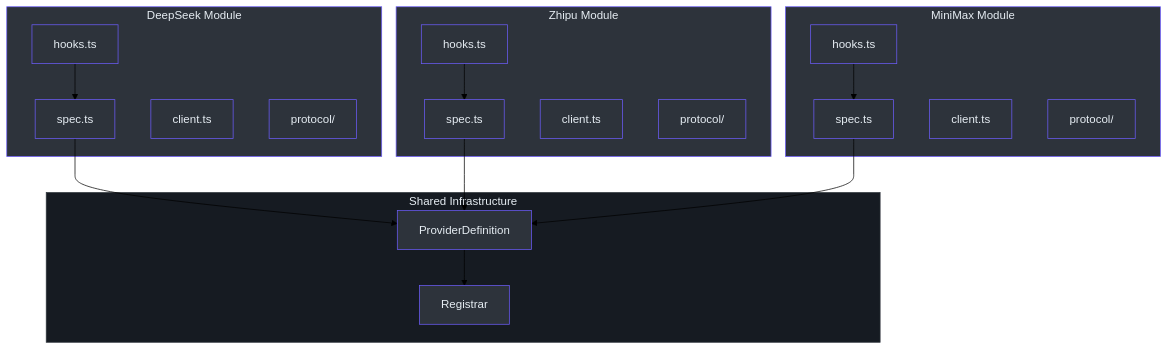
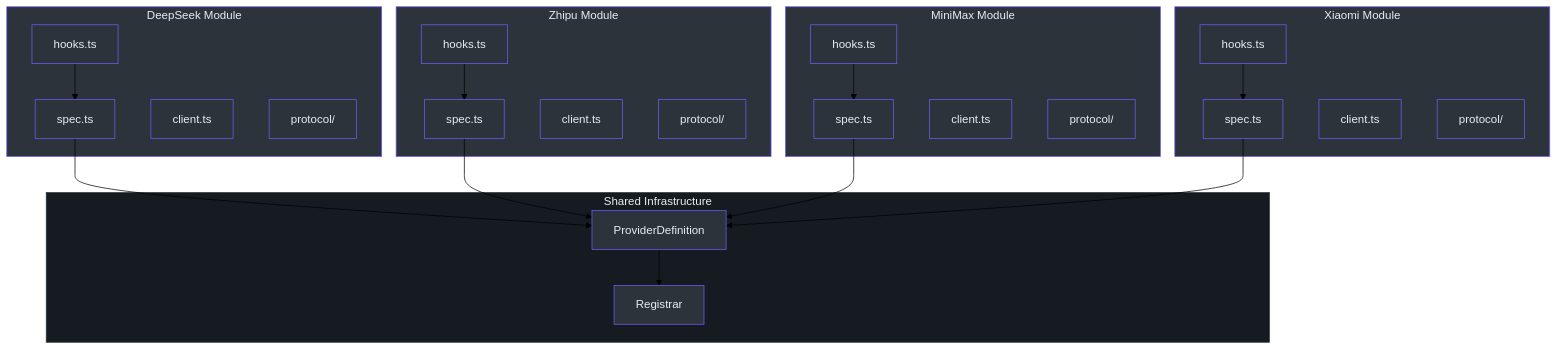
The first of 2 diagrams in wiki/01-getting-started/builtin-providers.md (zamelee/GodeX), drawn with Mermaid (forest theme) before and after one commit. The commit also changed other lines of this file and 32 other files, not shown here.

````diff
--- a/wiki/01-getting-started/builtin-providers.md
+++ b/wiki/01-getting-started/builtin-providers.md
@@ -27,56 +27,70 @@
 ```mermaid
 flowchart TB
     subgraph Shared["Shared Infrastructure"]
         Def["ProviderDefinition"]
         Reg["Registrar"]
     end
 
     subgraph DeepSeek["DeepSeek Module"]
         DS_Spec["spec.ts"]
         DS_Hooks["hooks.ts"]
         DS_Client["client.ts"]
         DS_Proto["protocol/"]
     end
 
     subgraph Zhipu["Zhipu Module"]
         ZP_Spec["spec.ts"]
         ZP_Hooks["hooks.ts"]
         ZP_Client["client.ts"]
         ZP_Proto["protocol/"]
     end
 
     subgraph MiniMax["MiniMax Module"]
         MM_Spec["spec.ts"]
         MM_Hooks["hooks.ts"]
         MM_Client["client.ts"]
         MM_Proto["protocol/"]
     end
 
+    subgraph Xiaomi["Xiaomi Module"]
+        XM_Spec["spec.ts"]
+        XM_Hooks["hooks.ts"]
+        XM_Client["client.ts"]
+        XM_Proto["protocol/"]
+    end
+
     DS_Spec --> Def
     ZP_Spec --> Def
     MM_Spec --> Def
+    XM_Spec --> Def
     Def --> Reg
 
     DS_Hooks --> DS_Spec
     ZP_Hooks --> ZP_Spec
     MM_Hooks --> MM_Spec
+    XM_Hooks --> XM_Spec
 
     style Shared fill:#161b22,stroke:#30363d,color:#e6edf3
     style DeepSeek fill:#2d333b,stroke:#6d5dfc,color:#e6edf3
     style Zhipu fill:#2d333b,stroke:#6d5dfc,color:#e6edf3
     style MiniMax fill:#2d333b,stroke:#6d5dfc,color:#e6edf3
+    style Xiaomi fill:#2d333b,stroke:#6d5dfc,color:#e6edf3
     style Def fill:#2d333b,stroke:#6d5dfc,color:#e6edf3
     style Reg fill:#2d333b,stroke:#6d5dfc,color:#e6edf3
     style DS_Spec fill:#2d333b,stroke:#6d5dfc,color:#e6edf3
     style DS_Hooks fill:#2d333b,stroke:#6d5dfc,color:#e6edf3
     style DS_Client fill:#2d333b,stroke:#6d5dfc,color:#e6edf3
     style DS_Proto fill:#2d333b,stroke:#6d5dfc,color:#e6edf3
     style ZP_Spec fill:#2d333b,stroke:#6d5dfc,color:#e6edf3
     style ZP_Hooks fill:#2d333b,stroke:#6d5dfc,color:#e6edf3
     style ZP_Client fill:#2d333b,stroke:#6d5dfc,color:#e6edf3
     style ZP_Proto fill:#2d333b,stroke:#6d5dfc,color:#e6edf3
     style MM_Spec fill:#2d333b,stroke:#6d5dfc,color:#e6edf3
     style MM_Hooks fill:#2d333b,stroke:#6d5dfc,color:#e6edf3
     style MM_Client fill:#2d333b,stroke:#6d5dfc,color:#e6edf3
     style MM_Proto fill:#2d333b,stroke:#6d5dfc,color:#e6edf3
+    style XM_Spec fill:#2d333b,stroke:#6d5dfc,color:#e6edf3
+    style XM_Hooks fill:#2d333b,stroke:#6d5dfc,color:#e6edf3
+    style XM_Client fill:#2d333b,stroke:#6d5dfc,color:#e6edf3
+    style XM_Proto fill:#2d333b,stroke:#6d5dfc,color:#e6edf3
 ```
````
